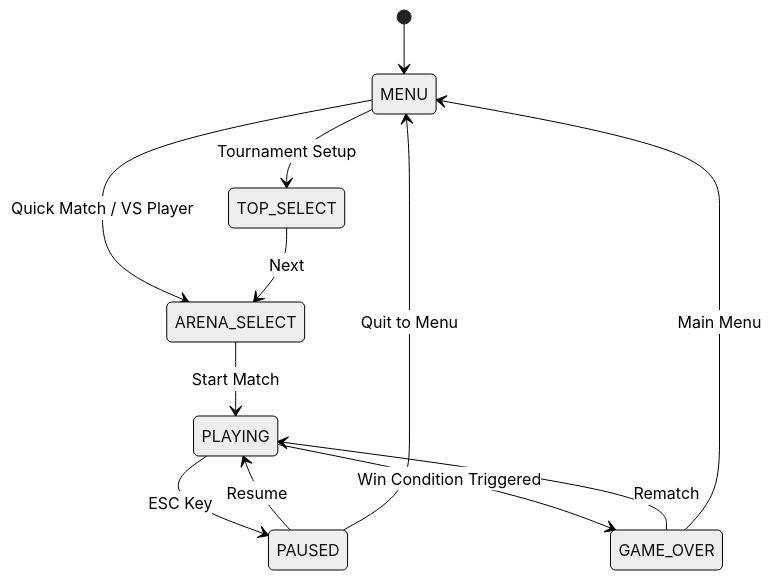
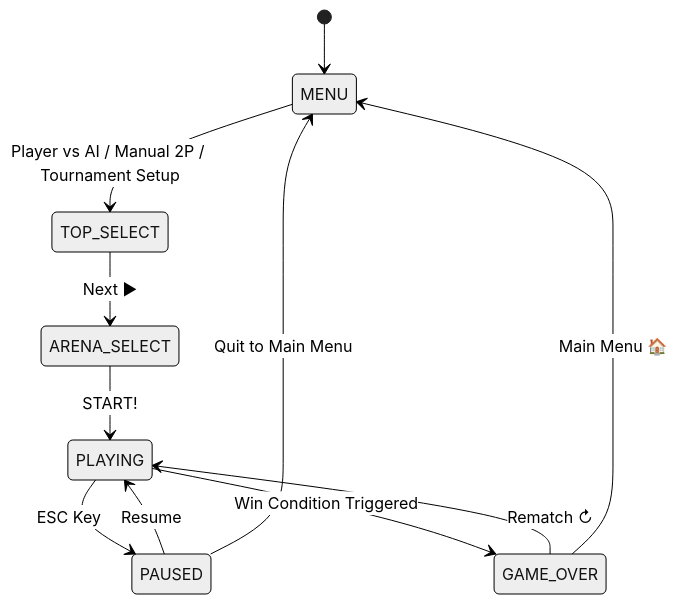
One commit to Pavithran030/Pambaram-Game-Development-Project changed the second of 5 diagrams in Pambaram_Implementation_Flow_and_Logic.md. Above: the diagram before and after it, drawn with Mermaid (neutral theme). The commit also changed other lines of this file and 8 other files, not shown here.

````diff
--- a/Pambaram_Implementation_Flow_and_Logic.md
+++ b/Pambaram_Implementation_Flow_and_Logic.md
@@ -32,14 +41,13 @@
 ```mermaid
 stateDiagram-v2
     [*] --> MENU
-    MENU --> TOP_SELECT : Tournament Setup
-    MENU --> ARENA_SELECT : Quick Match / VS Player
-    TOP_SELECT --> ARENA_SELECT : Next
-    ARENA_SELECT --> PLAYING : Start Match
+    MENU --> TOP_SELECT : Player vs AI / Manual 2P / Tournament Setup
+    TOP_SELECT --> ARENA_SELECT : Next ▶
+    ARENA_SELECT --> PLAYING : START!
     PLAYING --> PAUSED : ESC Key
     PAUSED --> PLAYING : Resume
-    PAUSED --> MENU : Quit to Menu
+    PAUSED --> MENU : Quit to Main Menu
     PLAYING --> GAME_OVER : Win Condition Triggered
-    GAME_OVER --> PLAYING : Rematch
-    GAME_OVER --> MENU : Main Menu
+    GAME_OVER --> PLAYING : Rematch ↻
+    GAME_OVER --> MENU : Main Menu 🏠
 ```
````
